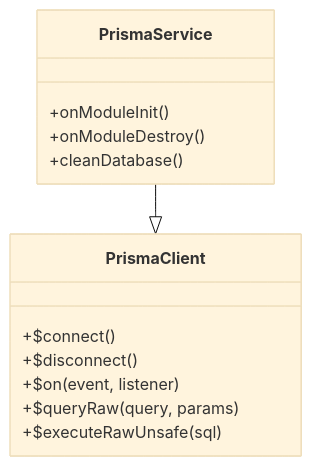
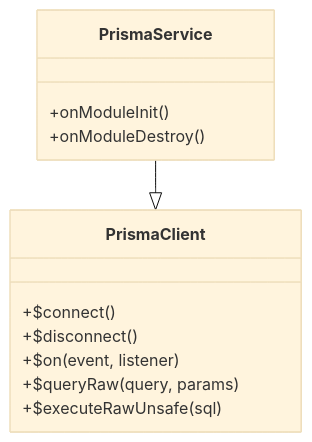
Before and after one commit to Avi-Bendetsky/Quiz-to-build: the fourth of 7 diagrams in .qoder/repowiki/en/content/Database Management.md, drawn with Mermaid (base theme). The commit also changed other lines of this file and 41 other files, not shown here.

````diff
--- a/.qoder/repowiki/en/content/Database Management.md
+++ b/.qoder/repowiki/en/content/Database Management.md
@@ -184,16 +234,15 @@
 ```mermaid
 classDiagram
 class PrismaClient {
 +$connect()
 +$disconnect()
 +$on(event, listener)
 +$queryRaw(query, params)
 +$executeRawUnsafe(sql)
 }
 class PrismaService {
 +onModuleInit()
 +onModuleDestroy()
-+cleanDatabase()
 }
 PrismaService --|> PrismaClient
 ```
````
